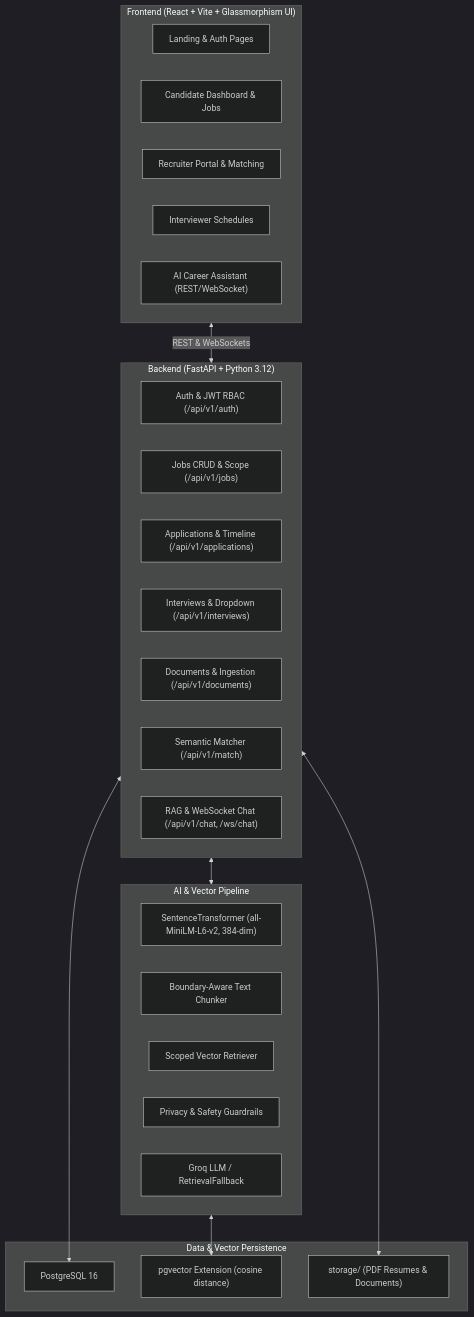
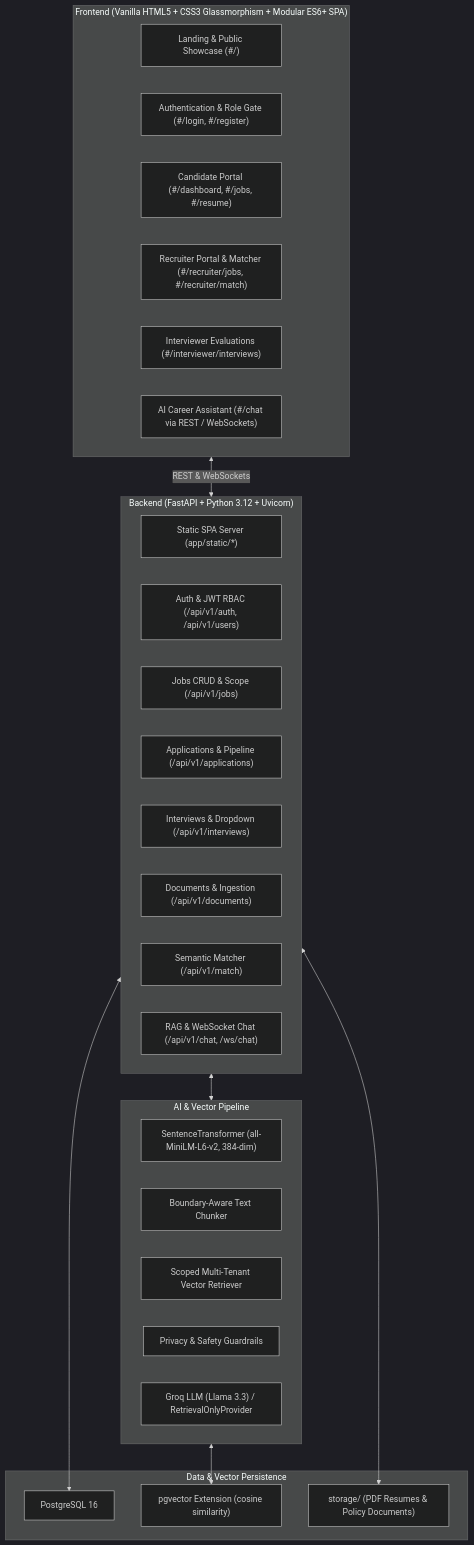
One commit to sourojitdey-dev/recruitment-ai-assistant changed the first of 2 diagrams in README.md. Above: the diagram before and after it, drawn with Mermaid (dark theme). The commit also changed other lines of this file, not shown here.

Commit message:
docs(readme): update documentation for native Vanilla JS SPA architecture and verified test suites

````diff
--- a/README.md
+++ b/README.md
@@ -23,40 +26,42 @@
 ```mermaid
 flowchart TB
-    subgraph Client["Frontend (React + Vite + Glassmorphism UI)"]
-        Landing["Landing & Auth Pages"]
-        CandDash["Candidate Dashboard & Jobs"]
-        RecDash["Recruiter Portal & Matching"]
-        IntDash["Interviewer Schedules"]
-        AIChat["AI Career Assistant (REST/WebSocket)"]
+    subgraph Client["Frontend (Vanilla HTML5 + CSS3 Glassmorphism + Modular ES6+ SPA)"]
+        Landing["Landing & Public Showcase (#/)"]
+        AuthPages["Authentication & Role Gate (#/login, #/register)"]
+        CandDash["Candidate Portal (#/dashboard, #/jobs, #/resume)"]
+        RecDash["Recruiter Portal & Matcher (#/recruiter/jobs, #/recruiter/match)"]
+        IntDash["Interviewer Evaluations (#/interviewer/interviews)"]
+        AIChat["AI Career Assistant (#/chat via REST / WebSockets)"]
     end
 
-    subgraph Backend["Backend (FastAPI + Python 3.12)"]
-        AuthRouter["Auth & JWT RBAC (/api/v1/auth)"]
+    subgraph Backend["Backend (FastAPI + Python 3.12 + Uvicorn)"]
+        StaticServer["Static SPA Server (app/static/*)"]
+        AuthRouter["Auth & JWT RBAC (/api/v1/auth, /api/v1/users)"]
         JobRouter["Jobs CRUD & Scope (/api/v1/jobs)"]
-        AppRouter["Applications & Timeline (/api/v1/applications)"]
+        AppRouter["Applications & Pipeline (/api/v1/applications)"]
         IntRouter["Interviews & Dropdown (/api/v1/interviews)"]
         DocRouter["Documents & Ingestion (/api/v1/documents)"]
         MatchRouter["Semantic Matcher (/api/v1/match)"]
         ChatRouter["RAG & WebSocket Chat (/api/v1/chat, /ws/chat)"]
     end
 
     subgraph AIServices["AI & Vector Pipeline"]
         Embedder["SentenceTransformer (all-MiniLM-L6-v2, 384-dim)"]
         Chunker["Boundary-Aware Text Chunker"]
-        Retriever["Scoped Vector Retriever"]
+        Retriever["Scoped Multi-Tenant Vector Retriever"]
         PrivacyGuard["Privacy & Safety Guardrails"]
-        LLM["Groq LLM / RetrievalFallback"]
+        LLM["Groq LLM (Llama 3.3) / RetrievalOnlyProvider"]
     end
 
     subgraph Storage["Data & Vector Persistence"]
         PG["PostgreSQL 16"]
-        PGVec["pgvector Extension (cosine distance)"]
-        Files["storage/ (PDF Resumes & Documents)"]
+        PGVec["pgvector Extension (cosine similarity)"]
+        Files["storage/ (PDF Resumes & Policy Documents)"]
     end
 
     Client <-->|REST & WebSockets| Backend
     Backend <--> AIServices
     Backend <--> PG
     AIServices <--> PGVec
     Backend <--> Files
 ```
````
